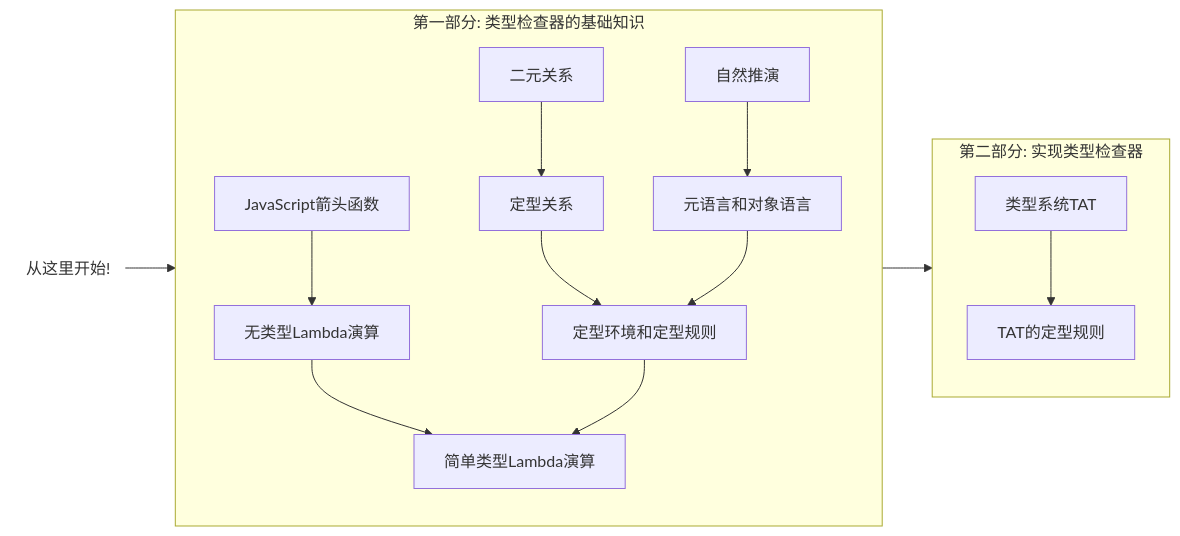
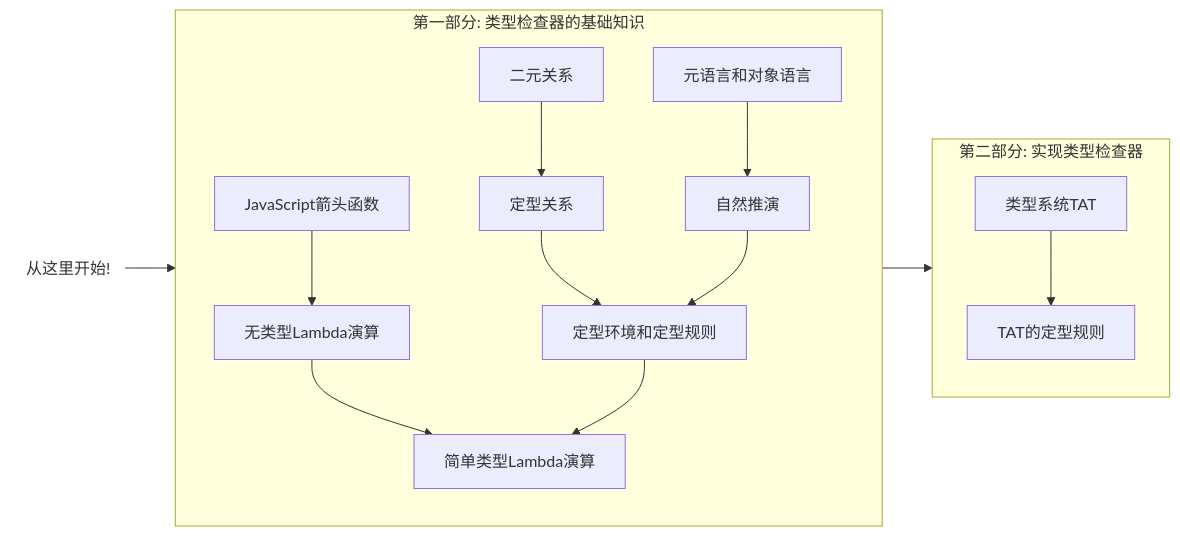
The diagram in slides/slides.md (suica/write-you-a-typescript), drawn with Mermaid before and after one commit. The commit also changed other lines of this file, not shown here.

````diff
--- a/slides/slides.md
+++ b/slides/slides.md
@@ -444,23 +444,23 @@
 ```mermaid {scale: 0.9}
 flowchart LR
   subgraph Part1[第一部分: 类型检查器的基础知识]
     direction TB
     ArrowFunction[JavaScript箭头函数] --> UTLC[无类型Lambda演算]
     UTLC --> STLC
     BinaryRelation[二元关系] --> TypingRelation[定型关系]
     TypingRelation --> TypingContext[定型环境和定型规则]
     TypingContext --> STLC[简单类型Lambda演算]
-    NaturalDeduction[自然推演] --> MetaLanguage
-    MetaLanguage[元语言和对象语言] --> TypingContext
+    MetaLanguage[元语言和对象语言] --> NaturalDeduction[自然推演] 
+    NaturalDeduction --> TypingContext
   end
 
   subgraph Part2[第二部分: 实现类型检查器]
     direction TB
     TAT[类型系统TAT] --> TATRules[TAT的定型规则]
   end
 
   Start(从这里开始!) --> Part1 --> Part2
   style Start fill:none,stroke:none
 
 
 ```
````
